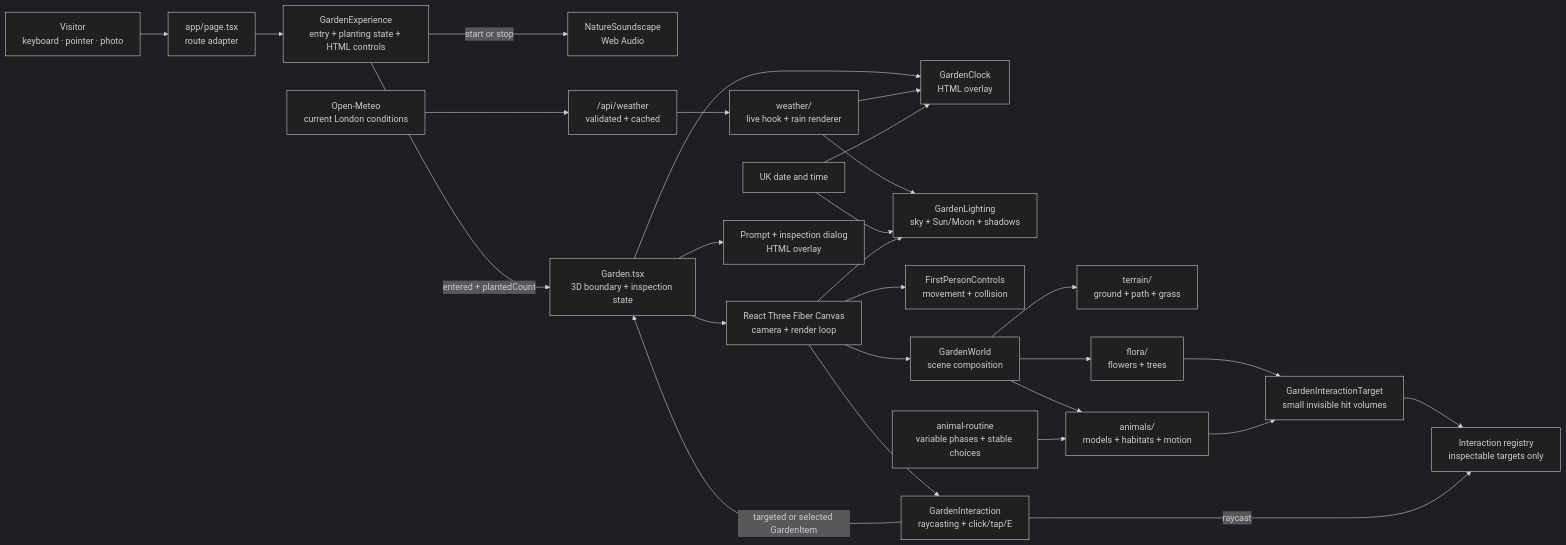
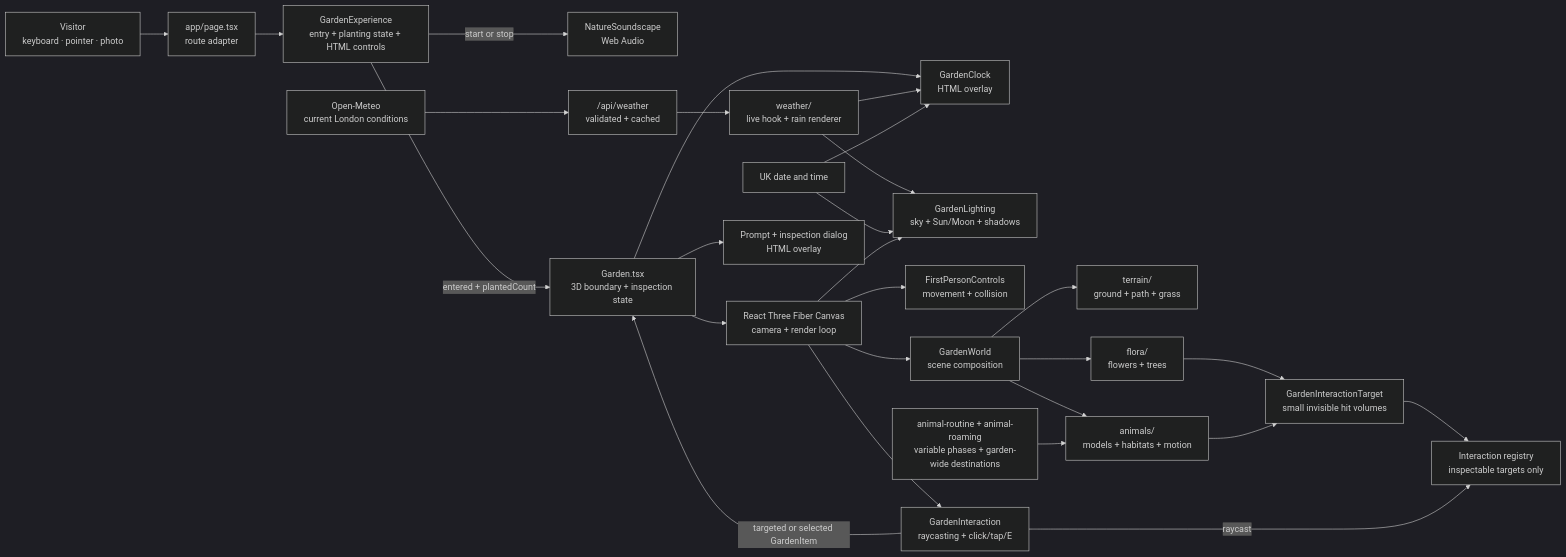
One commit to sophiaxuz/secret-garden changed the diagram in components/garden/README.md. Above: the diagram before and after it, drawn with Mermaid (dark theme). The commit also changed 11 other files, not shown here.

Commit message:
feat: let animals roam across the garden

````diff
--- a/components/garden/README.md
+++ b/components/garden/README.md
@@ -9,34 +9,34 @@
 ```mermaid
 flowchart LR
     Visitor["Visitor<br/>keyboard · pointer · photo"] --> Page["app/page.tsx<br/>route adapter"]
     Page --> Experience["GardenExperience<br/>entry + planting state + HTML controls"]
 
     Experience -->|start or stop| Audio["NatureSoundscape<br/>Web Audio"]
     Experience -->|entered + plantedCount| Garden["Garden.tsx<br/>3D boundary + inspection state"]
 
     Garden --> Clock["GardenClock<br/>HTML overlay"]
     Garden --> Canvas["React Three Fiber Canvas<br/>camera + render loop"]
     Provider["Open-Meteo<br/>current London conditions"] --> Route["/api/weather<br/>validated + cached"]
     Route --> Weather["weather/<br/>live hook + rain renderer"]
     Weather --> Clock
     Weather --> Lighting
     Time["UK date and time"] --> Lighting["GardenLighting<br/>sky + Sun/Moon + shadows"]
     Time --> Clock
 
     Canvas --> Lighting
     Canvas --> Navigation["FirstPersonControls<br/>movement + collision"]
     Canvas --> World["GardenWorld<br/>scene composition"]
     Canvas --> Interaction["GardenInteraction<br/>raycasting + click/tap/E"]
 
     World --> Terrain["terrain/<br/>ground + path + grass"]
     World --> Flora["flora/<br/>flowers + trees"]
     World --> Animals["animals/<br/>models + habitats + motion"]
-    Routine["animal-routine<br/>variable phases + stable choices"] --> Animals
+    Routine["animal-routine + animal-roaming<br/>variable phases + garden-wide destinations"] --> Animals
 
     Flora --> Targets["GardenInteractionTarget<br/>small invisible hit volumes"]
     Animals --> Targets
     Targets --> Registry["Interaction registry<br/>inspectable targets only"]
     Interaction -->|raycast| Registry
     Interaction -->|targeted or selected GardenItem| Garden
     Garden --> UI["Prompt + inspection dialog<br/>HTML overlay"]
 ```
````
